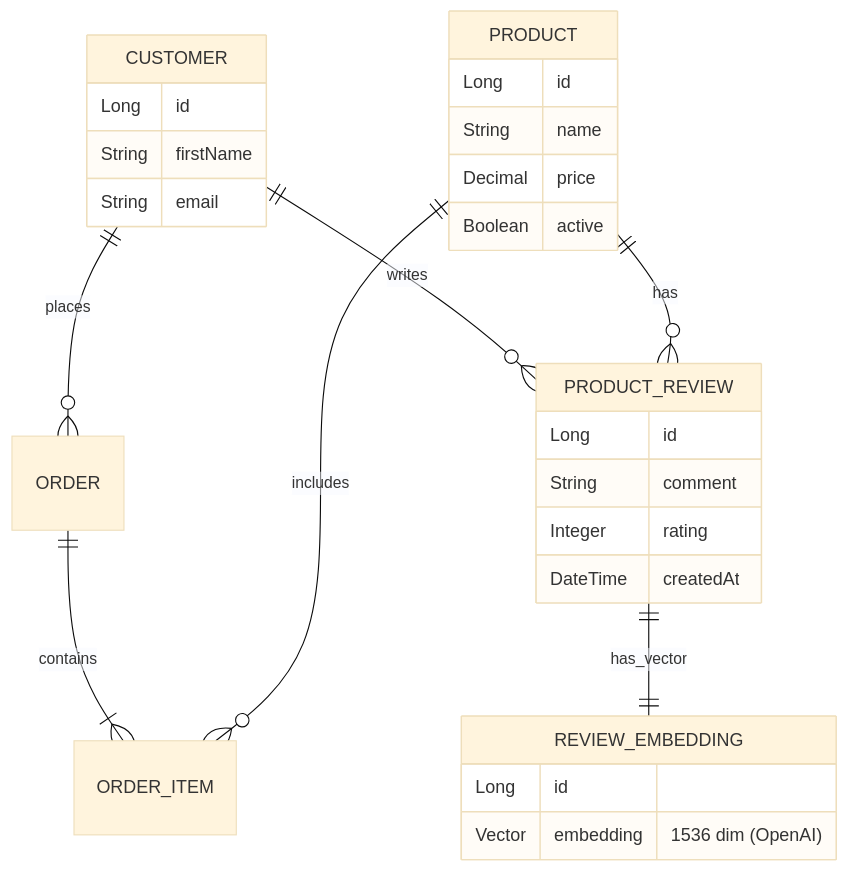
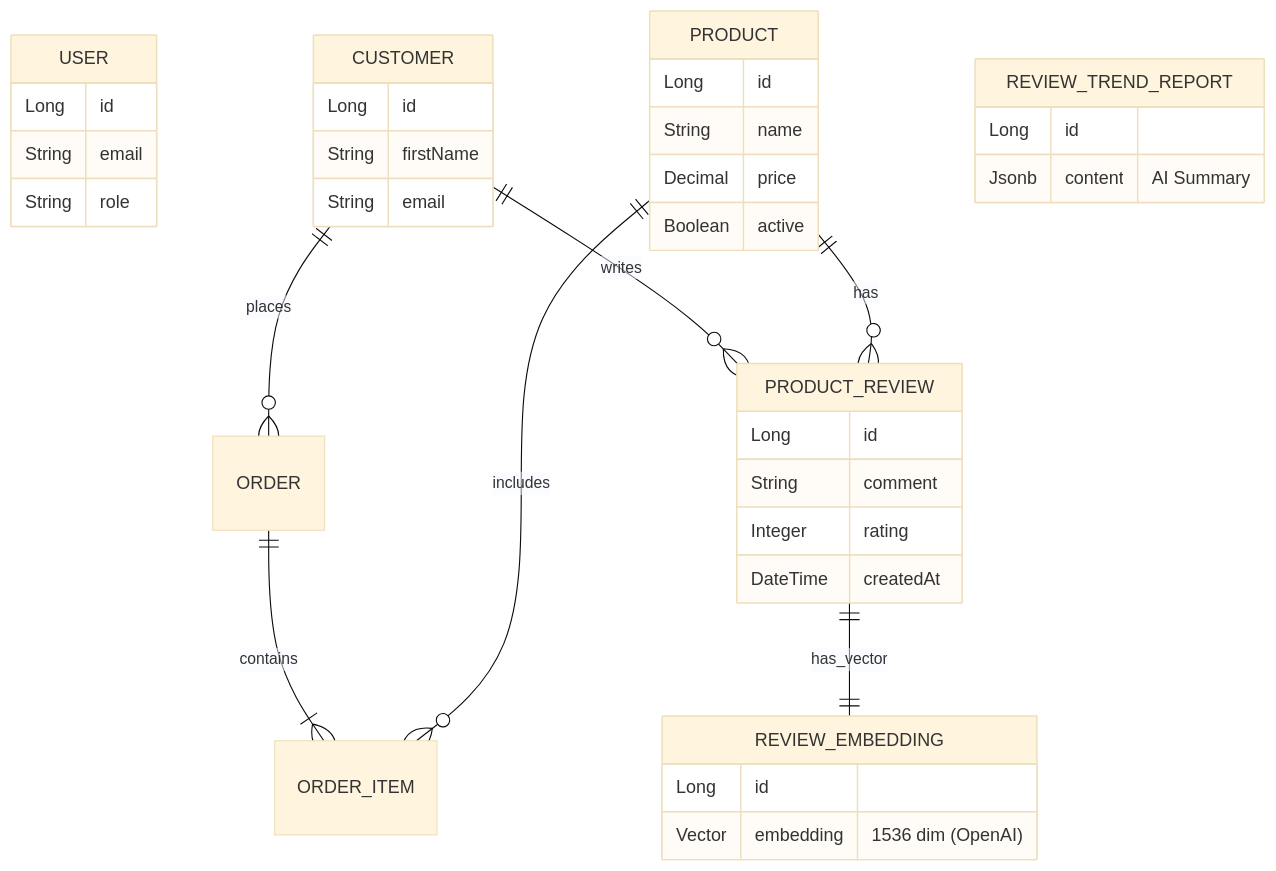
One commit to Thomas7899/order-management-app changed the diagram in README.md. Above: the diagram before and after it, drawn with Mermaid (base theme). The commit also changed other lines of this file, not shown here.

````diff
--- a/README.md
+++ b/README.md
@@ -68,32 +74,40 @@
 ```mermaid
 erDiagram
+    USER {
+        Long id
+        String email
+        String role
+    }
     CUSTOMER ||--o{ ORDER : places
     CUSTOMER ||--o{ PRODUCT_REVIEW : writes
     ORDER ||--|{ ORDER_ITEM : contains
     PRODUCT ||--o{ ORDER_ITEM : includes
     PRODUCT ||--o{ PRODUCT_REVIEW : has
     PRODUCT_REVIEW ||--|| REVIEW_EMBEDDING : has_vector
 
     CUSTOMER {
         Long id
         String firstName
         String email
     }
     PRODUCT {
         Long id
         String name
         Decimal price
         Boolean active
     }
     PRODUCT_REVIEW {
         Long id
         String comment
         Integer rating
         DateTime createdAt
     }
     REVIEW_EMBEDDING {
         Long id
         Vector embedding "1536 dim (OpenAI)"
     }
-
+    REVIEW_TREND_REPORT {
+        Long id
+        Jsonb content "AI Summary"
+    }
 ```
````
